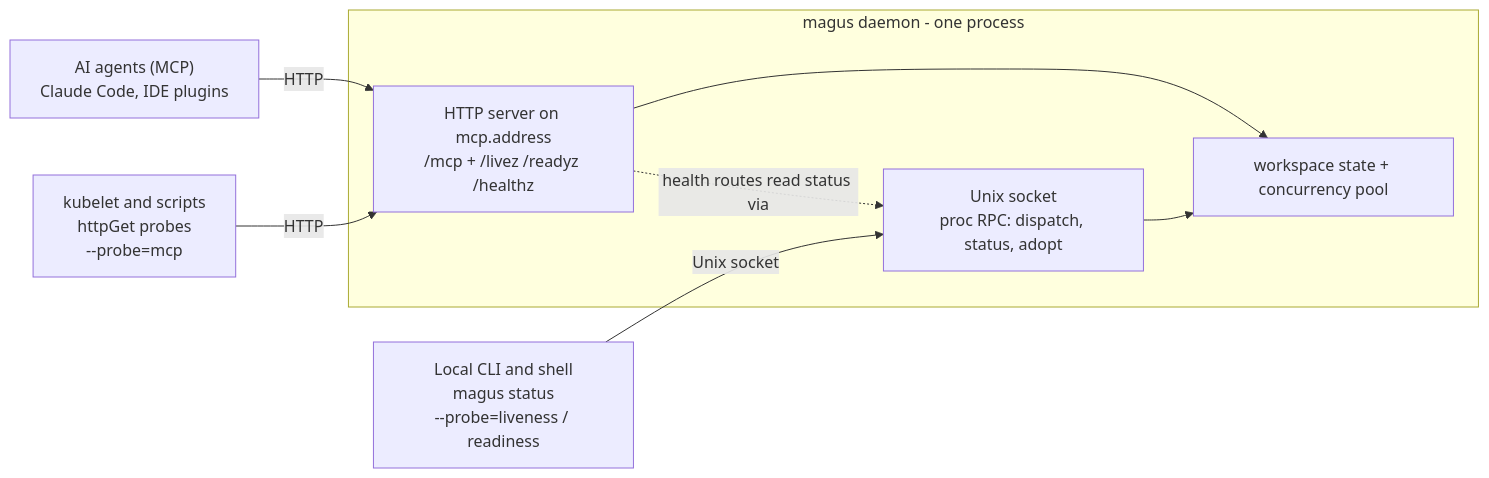
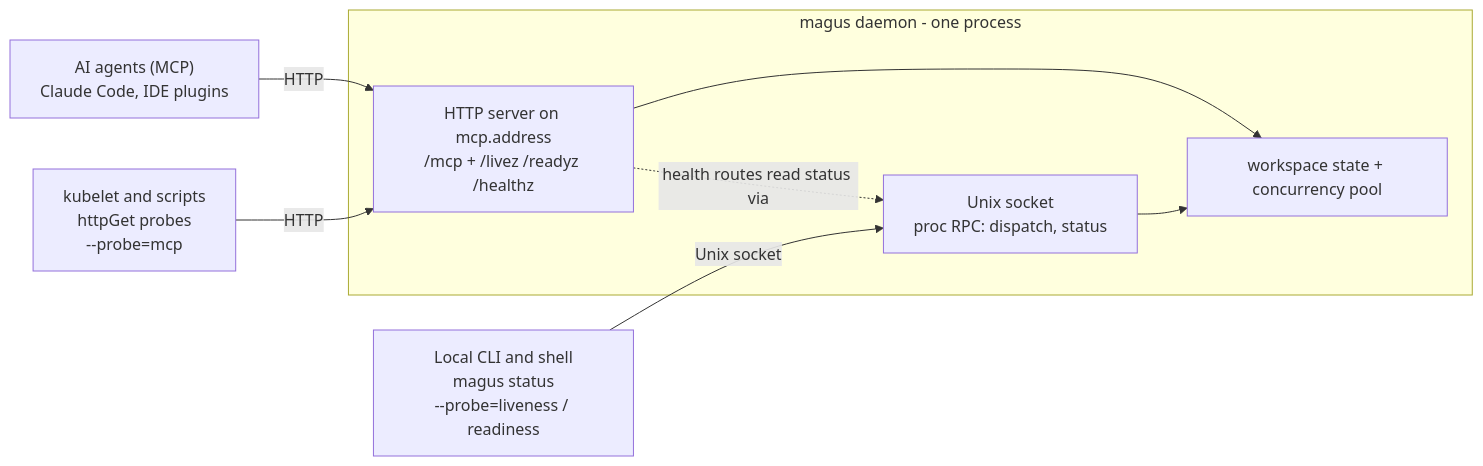
The diagram in docs/guides/integrations/daemon.md (egladman/magus), drawn with Mermaid before and after one commit. The commit also changed other lines of this file and 95 other files, not shown here.

````diff
--- a/docs/guides/integrations/daemon.md
+++ b/docs/guides/integrations/daemon.md
@@ -67,19 +71,19 @@
 ```mermaid
 flowchart LR
     cli["Local CLI and shell<br/>magus status<br/>--probe=liveness / readiness"]
     agent["AI agents (MCP)<br/>Claude Code, IDE plugins"]
     ext["kubelet and scripts<br/>httpGet probes<br/>--probe=mcp"]
 
     subgraph daemon["magus daemon - one process"]
-        sock["Unix socket<br/>proc RPC: dispatch, status, adopt"]
+        sock["Unix socket<br/>proc RPC: dispatch, status"]
         http["HTTP server on mcp.address<br/>/mcp + /livez /readyz /healthz"]
         state["workspace state + concurrency pool"]
         sock --> state
         http --> state
         http -.->|health routes read status via| sock
     end
 
     cli -->|Unix socket| sock
     agent -->|HTTP| http
     ext -->|HTTP| http
 ```
````
